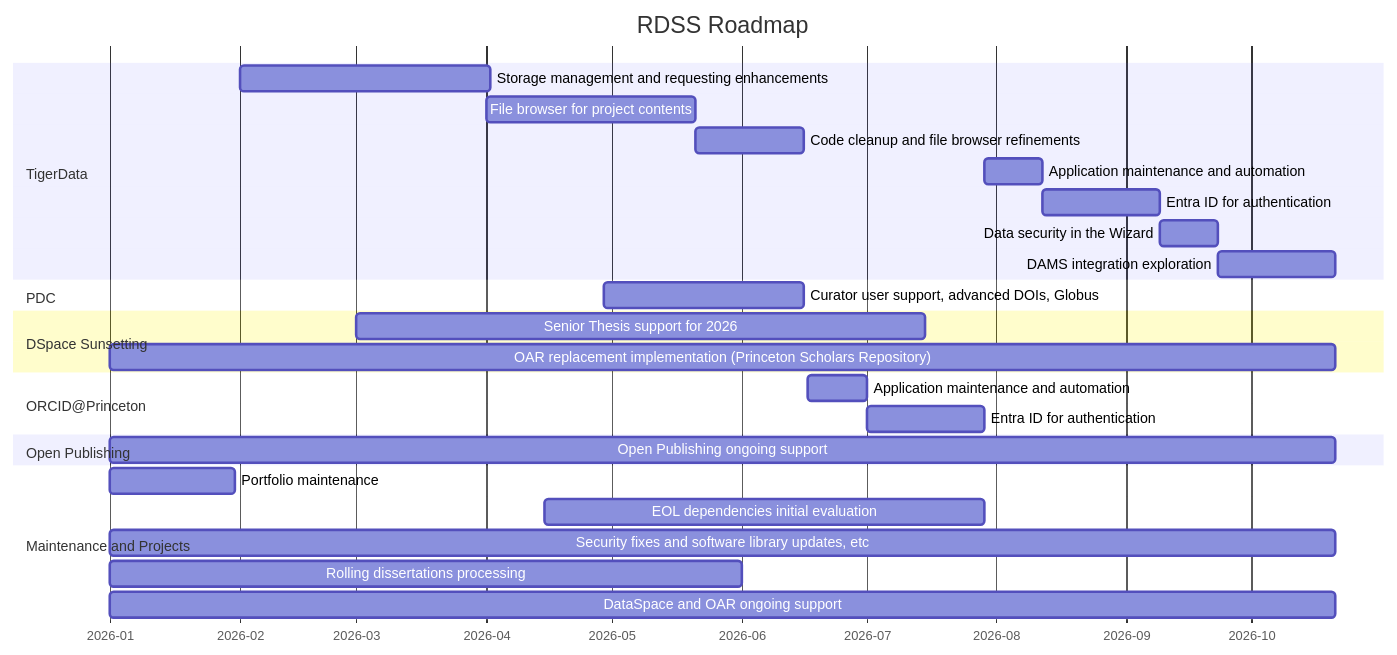
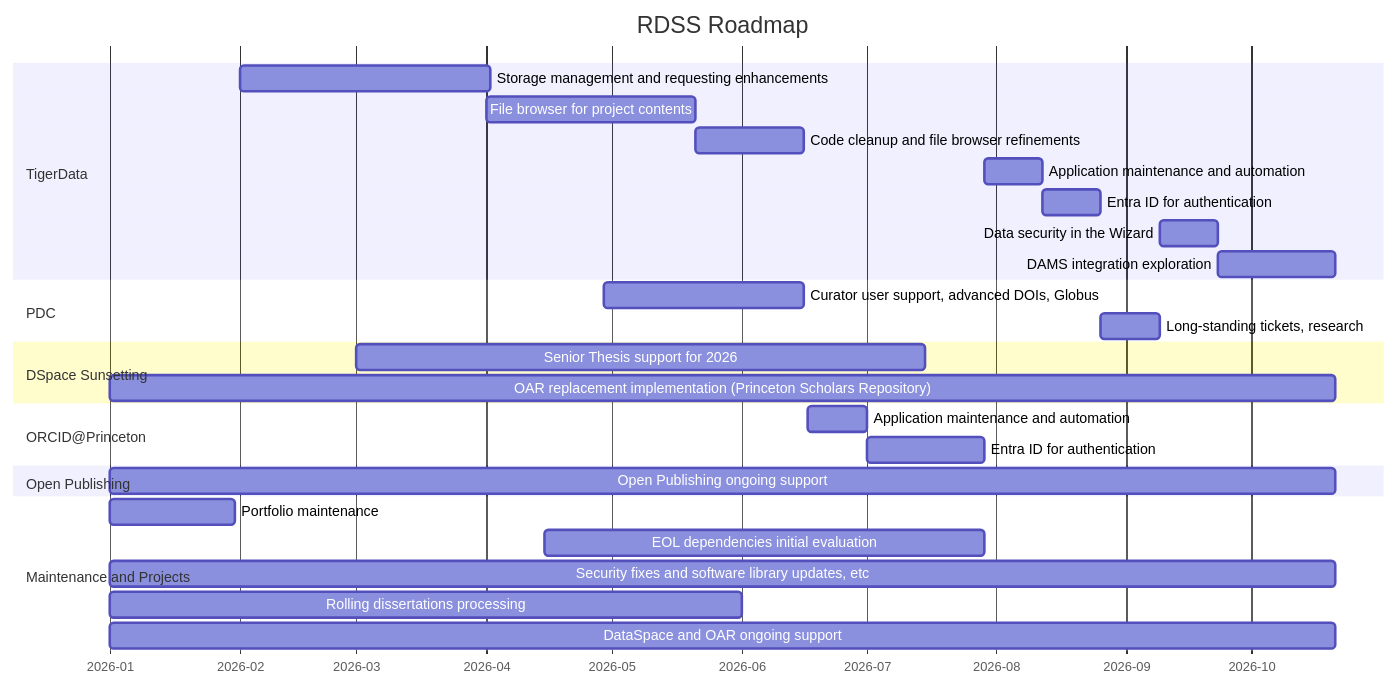
One commit to pulibrary/rdss-handbook changed the diagram in roadmap.md. Above: the diagram before and after it, drawn with Mermaid.

Commit message:
Updated roadmap (#382)

````diff
--- a/roadmap.md
+++ b/roadmap.md
@@ -5,36 +5,37 @@
 ```mermaid
 gantt
     title RDSS Roadmap
     axisFormat  %Y-%m
     dateformat YYYY-MM
 
     section TigerData
     Storage management and requesting enhancements: td1, 2026-02-01, 60d
     File browser for project contents: td2, 2026-04-01, 50d
     Code cleanup and file browser refinements: td3, 2026-05-21, 26d
     Application maintenance and automation: td4,2026-07-29, 14d
-    Entra ID for authentication: td4,2026-08-12, 28d
+    Entra ID for authentication: td4,2026-08-12, 14d
     Data security in the Wizard: td5,2026-09-09, 14d
     DAMS integration exploration: td5,2026-09-23, 28d
 
     section PDC
     Curator user support, advanced DOIs, Globus: pdc1, 2026-04-29, 48d
+    Long-standing tickets, research: pdc2, 2026-08-26, 14d
 
     section DSpace Sunsetting
     Senior Thesis support for 2026: dsp3, 2026-03-01, 136d
     OAR replacement implementation (Princeton Scholars Repository): dsps5, 2026-01-01, 293d
 
     section ORCID@Princeton
     Application maintenance and automation: orc1,2026-06-17, 14d
     Entra ID for authentication: orc1,2026-07-01, 28d
 
     section Open Publishing
     Open Publishing ongoing support: dsp3,2026-01-01, 293d
 
     section Maintenance and Projects
     Portfolio maintenance: 2026-01-01, 30d
     EOL dependencies initial evaluation: 2026-04-15,105d
     Security fixes and software library updates, etc: dsp1,2026-01-01, 293d
     Rolling dissertations processing: dsp2,2026-01-01, 151d
     DataSpace and OAR ongoing support: dsp3,2026-01-01, 293d
 ```
````
